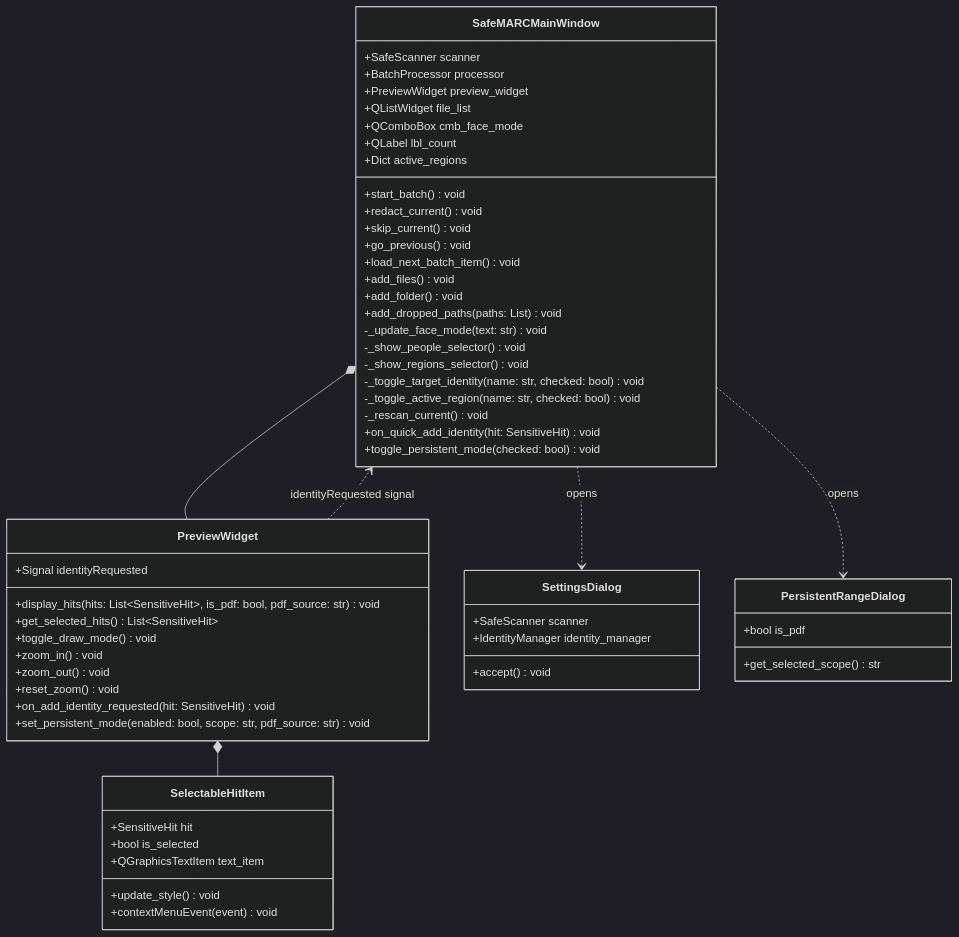
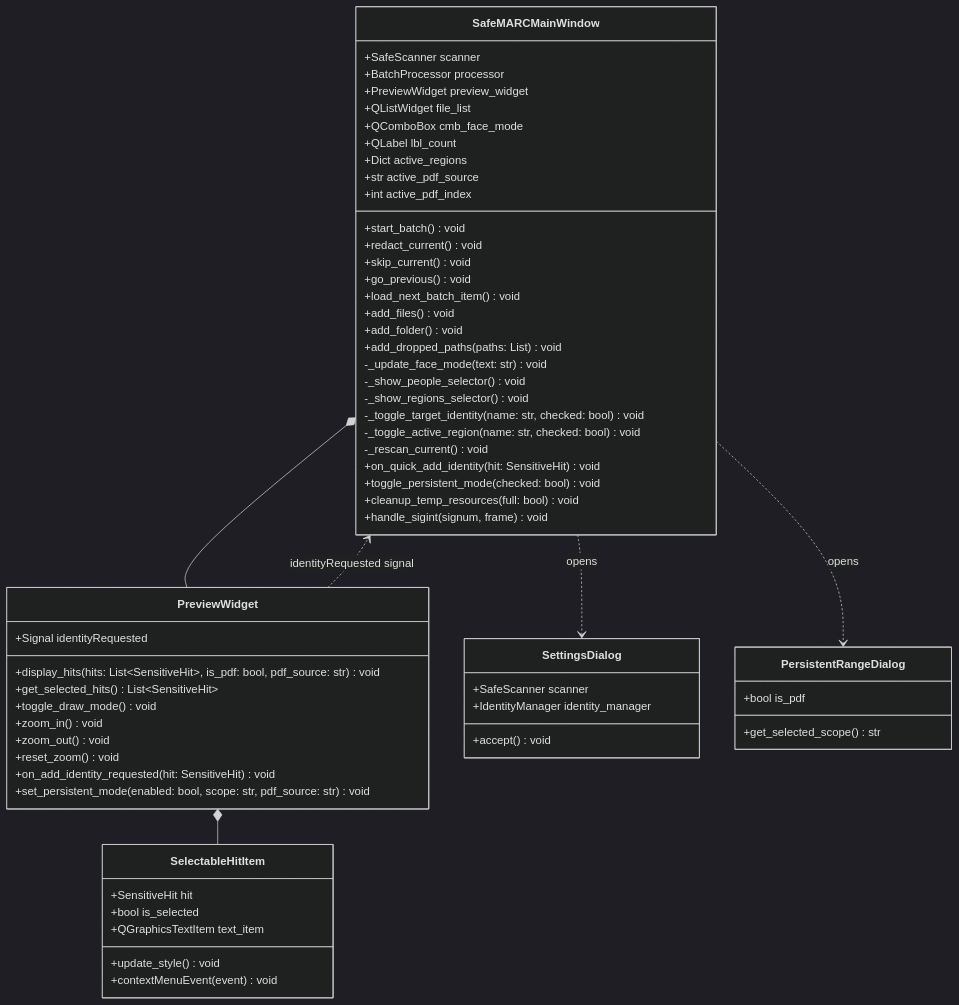
The third of 3 diagrams in docs/architecture/uml_classes.md (FurqanHun/SafeMARC), drawn with Mermaid (dark theme) before and after one commit. The commit also changed other lines of this file and 2 other files, not shown here.

Commit message:
docs: update features and architecture to reflect unified temp lifecycle, cache hits, and regional patterns

````diff
--- a/docs/architecture/uml_classes.md
+++ b/docs/architecture/uml_classes.md
@@ -111,67 +113,71 @@
 ```mermaid
 classDiagram
     direction TB
 
     class SafeMARCMainWindow {
         +SafeScanner scanner
         +BatchProcessor processor
         +PreviewWidget preview_widget
         +QListWidget file_list
         +QComboBox cmb_face_mode
         +QLabel lbl_count
         +Dict active_regions
+        +str active_pdf_source
+        +int active_pdf_index
         +start_batch() void
         +redact_current() void
         +skip_current() void
         +go_previous() void
         +load_next_batch_item() void
         +add_files() void
         +add_folder() void
         +add_dropped_paths(paths: List) void
         -_update_face_mode(text: str) void
         -_show_people_selector() void
         -_show_regions_selector() void
         -_toggle_target_identity(name: str, checked: bool) void
         -_toggle_active_region(name: str, checked: bool) void
         -_rescan_current() void
         +on_quick_add_identity(hit: SensitiveHit) void
         +toggle_persistent_mode(checked: bool) void
+        +cleanup_temp_resources(full: bool) void
+        +handle_sigint(signum, frame) void
     }
 
     class PreviewWidget {
         +Signal identityRequested
         +display_hits(hits: List~SensitiveHit~, is_pdf: bool, pdf_source: str) void
         +get_selected_hits() List~SensitiveHit~
         +toggle_draw_mode() void
         +zoom_in() void
         +zoom_out() void
         +reset_zoom() void
         +on_add_identity_requested(hit: SensitiveHit) void
         +set_persistent_mode(enabled: bool, scope: str, pdf_source: str) void
     }
 
     class SelectableHitItem {
         +SensitiveHit hit
         +bool is_selected
         +QGraphicsTextItem text_item
         +update_style() void
         +contextMenuEvent(event) void
     }
 
     class SettingsDialog {
         +SafeScanner scanner
         +IdentityManager identity_manager
         +accept() void
     }
 
     class PersistentRangeDialog {
         +bool is_pdf
         +get_selected_scope() str
     }
 
     SafeMARCMainWindow *-- PreviewWidget
     SafeMARCMainWindow ..> SettingsDialog : opens
     SafeMARCMainWindow ..> PersistentRangeDialog : opens
     PreviewWidget *-- SelectableHitItem
     PreviewWidget ..> SafeMARCMainWindow : identityRequested signal
 ```
````
